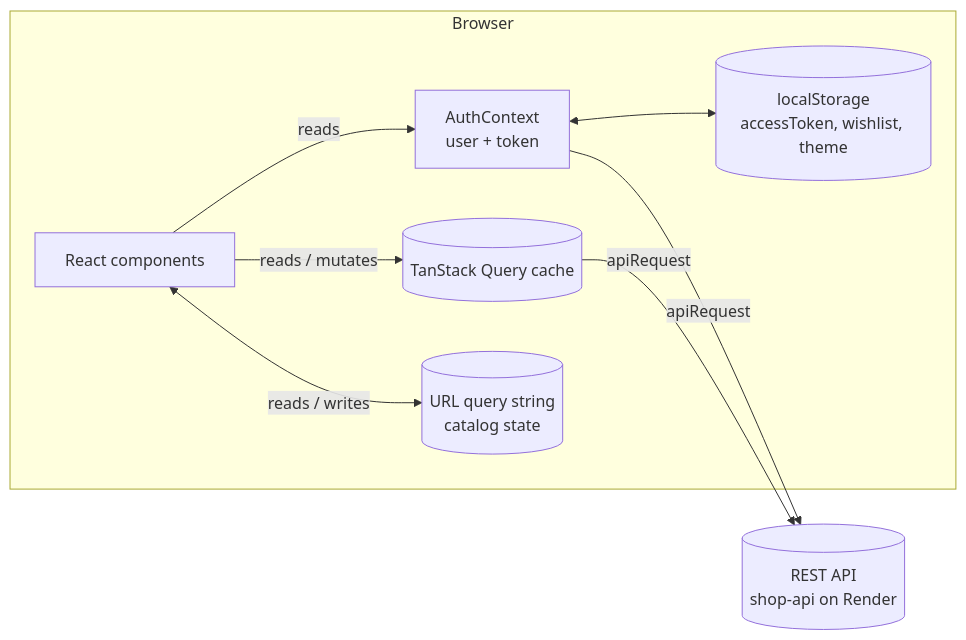
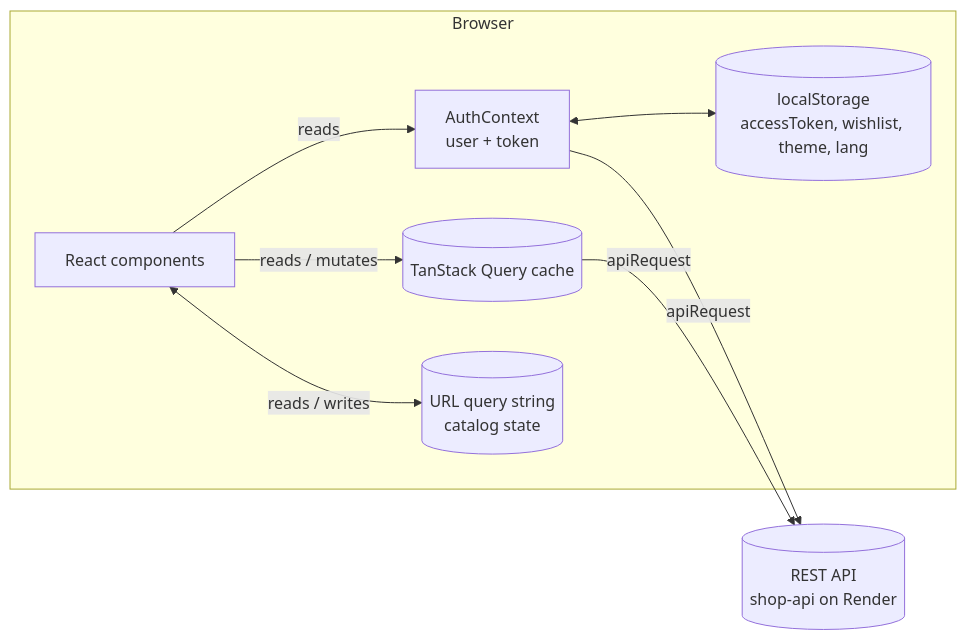
One commit to skillwilldev/team-cyber-storefront changed the first of 7 diagrams in ARCHITECTURE.md. Above: the diagram before and after it, drawn with Mermaid. The commit also changed other lines of this file and 60 other files, not shown here.

````diff
--- a/ARCHITECTURE.md
+++ b/ARCHITECTURE.md
@@ -45,18 +45,18 @@
 ```mermaid
 flowchart LR
   subgraph Browser
     UI[React components]
     RQ[(TanStack Query cache)]
     AUTH[AuthContext<br/>user + token]
     URL[(URL query string<br/>catalog state)]
-    LS[(localStorage<br/>accessToken, wishlist, theme)]
+    LS[(localStorage<br/>accessToken, wishlist, theme, lang)]
   end
   API[(REST API<br/>shop-api on Render)]
 
   UI -->|reads / mutates| RQ
   UI -->|reads| AUTH
   UI <-->|reads / writes| URL
   AUTH <--> LS
   RQ -->|apiRequest| API
   AUTH -->|apiRequest| API
 ```
````
